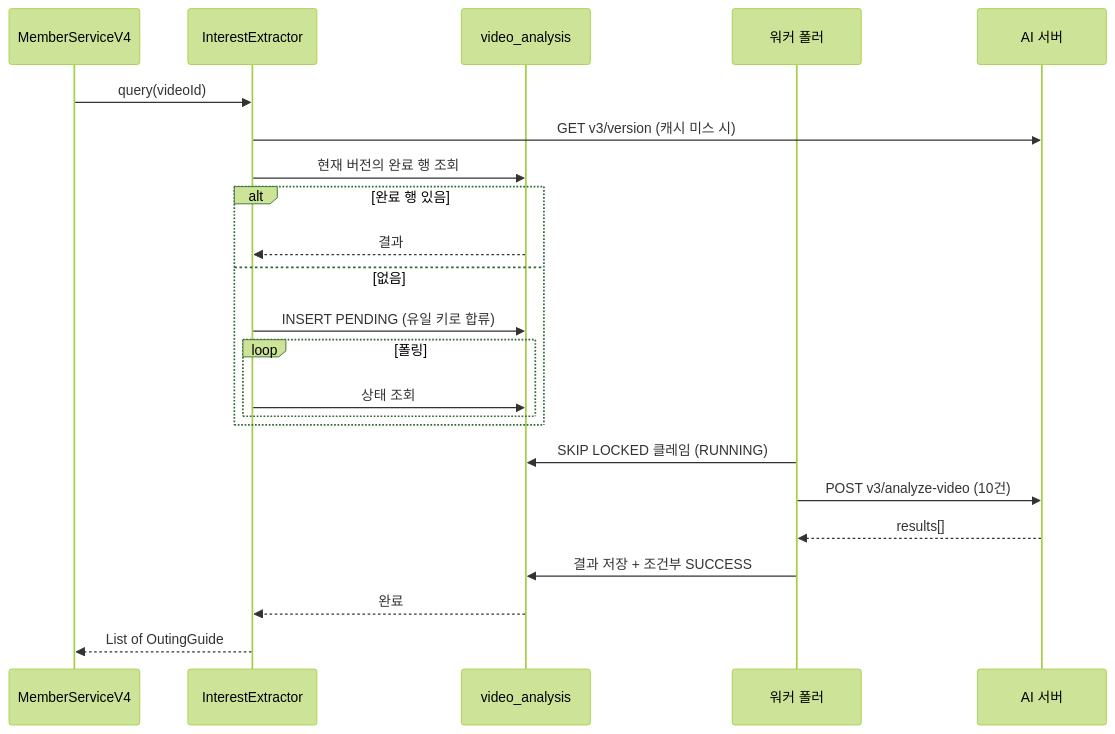
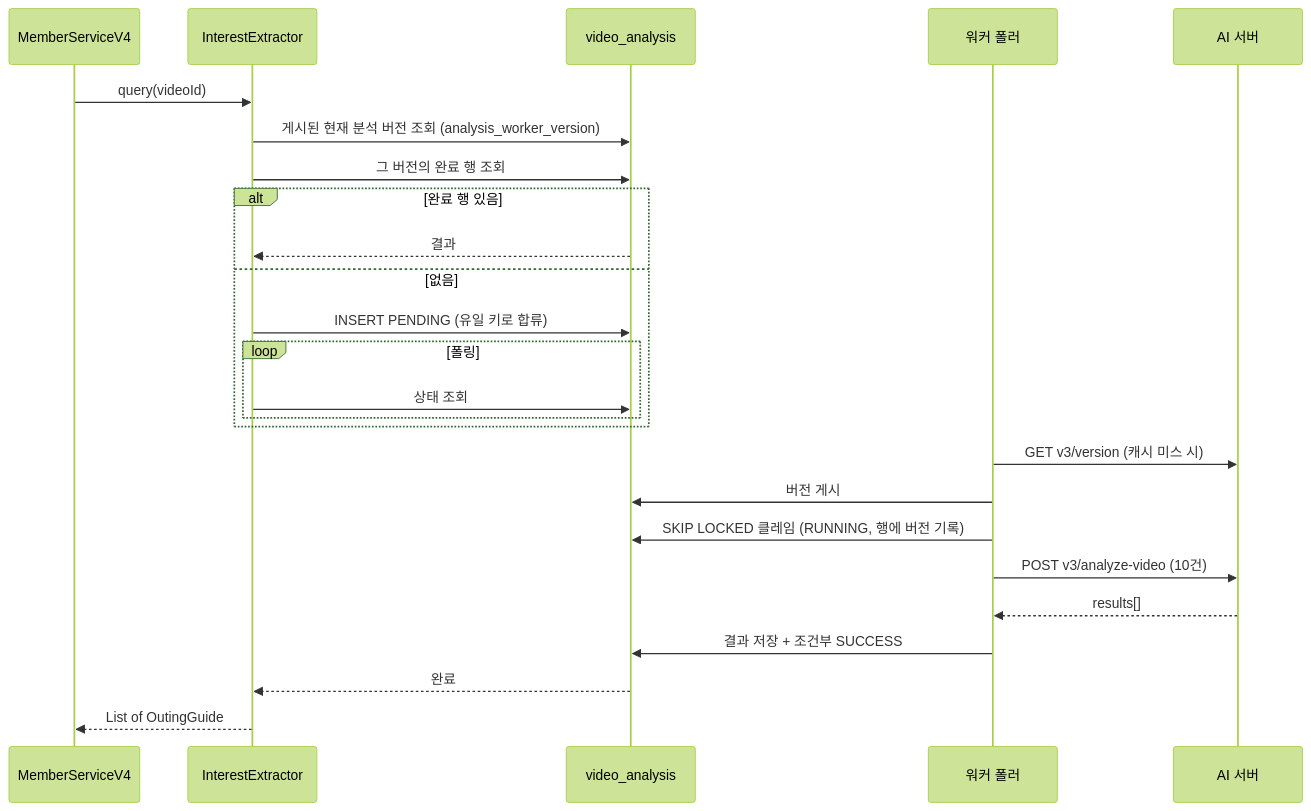
The second of 3 diagrams in docs/db-analysis-queue-design.md (100-hours-a-week/KTB4-8th-BE), drawn with Mermaid (forest theme) before and after one commit. The commit also changed other lines of this file, not shown here.

````diff
--- a/docs/db-analysis-queue-design.md
+++ b/docs/db-analysis-queue-design.md
@@ -71,26 +74,28 @@
 ```mermaid
 sequenceDiagram
     participant M as MemberServiceV4
     participant P as InterestExtractor
     participant D as video_analysis
     participant C as 워커 폴러
     participant A as AI 서버
 
     M->>P: query(videoId)
-    P->>A: GET v3/version (캐시 미스 시)
-    P->>D: 현재 버전의 완료 행 조회
+    P->>D: 게시된 현재 분석 버전 조회 (analysis_worker_version)
+    P->>D: 그 버전의 완료 행 조회
     alt 완료 행 있음
         D-->>P: 결과
     else 없음
         P->>D: INSERT PENDING (유일 키로 합류)
         loop 폴링
             P->>D: 상태 조회
         end
     end
-    C->>D: SKIP LOCKED 클레임 (RUNNING)
+    C->>A: GET v3/version (캐시 미스 시)
+    C->>D: 버전 게시
+    C->>D: SKIP LOCKED 클레임 (RUNNING, 행에 버전 기록)
     C->>A: POST v3/analyze-video (10건)
     A-->>C: results[]
     C->>D: 결과 저장 + 조건부 SUCCESS
     D-->>P: 완료
     P-->>M: List of OutingGuide
 ```
````
